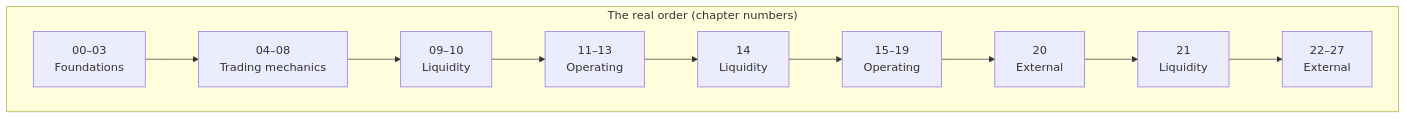
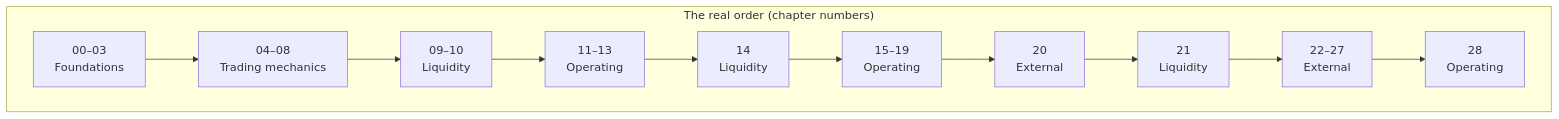
The second of 2 diagrams in docs/training/index.md (johan162/EduMatcher), drawn with Mermaid before and after one commit. The commit also changed other lines of this file and 51 other files, not shown here.

````diff
--- a/docs/training/index.md
+++ b/docs/training/index.md
@@ -112,14 +114,15 @@
 ```mermaid
 flowchart LR
     subgraph seq["The real order (chapter numbers)"]
         direction LR
         g1["00–03\nFoundations"] --> g2["04–08\nTrading mechanics"]
         g2 --> g3["09–10\nLiquidity"]
         g3 --> g4a["11–13\nOperating"]
         g4a --> g4b["14\nLiquidity"]
         g4b --> g4c["15–19\nOperating"]
         g4c --> g5a["20\nExternal"]
         g5a --> g3b["21\nLiquidity"]
         g3b --> g5b["22–27\nExternal"]
+        g5b --> g4d["28\nOperating"]
     end
 ```
````
